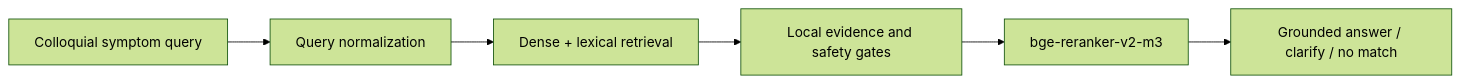
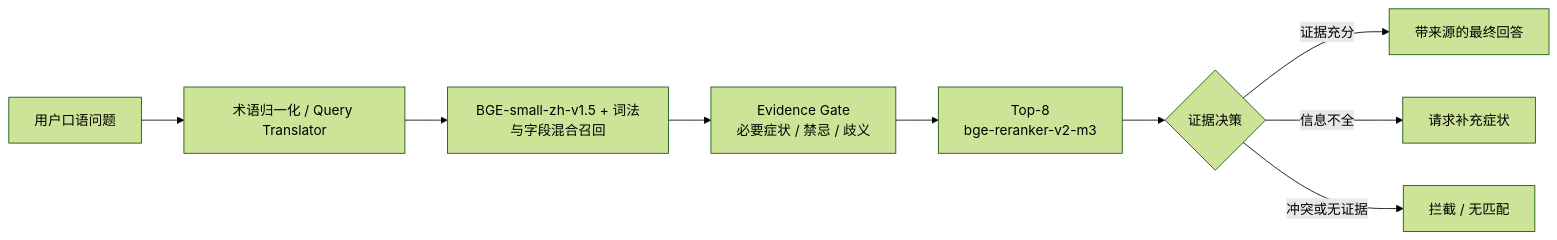
One commit to 648428732qq-sketch/-agentic-RAG- changed the diagram in README.md. Above: the diagram before and after it, drawn with Mermaid (forest theme). The commit also changed other lines of this file, not shown here.

````diff
--- a/README.md
+++ b/README.md
@@ -64,8 +34,11 @@
 ```mermaid
 flowchart LR
-    Q["Colloquial symptom query"] --> T["Query normalization"]
-    T --> R["Dense + lexical retrieval"]
-    R --> H["Local evidence and safety gates"]
-    H --> X["bge-reranker-v2-m3"]
-    X --> D["Grounded answer / clarify / no match"]
+    Q["用户口语问题"] --> T["术语归一化 / Query Translator"]
+    T --> R["BGE-small-zh-v1.5 + 词法与字段混合召回"]
+    R --> G["Evidence Gate<br/>必要症状 / 禁忌 / 歧义"]
+    G --> X["Top-8<br/>bge-reranker-v2-m3"]
+    X --> D{"证据决策"}
+    D -->|证据充分| A["带来源的最终回答"]
+    D -->|信息不全| C["请求补充症状"]
+    D -->|冲突或无证据| N["拦截 / 无匹配"]
 ```
````
